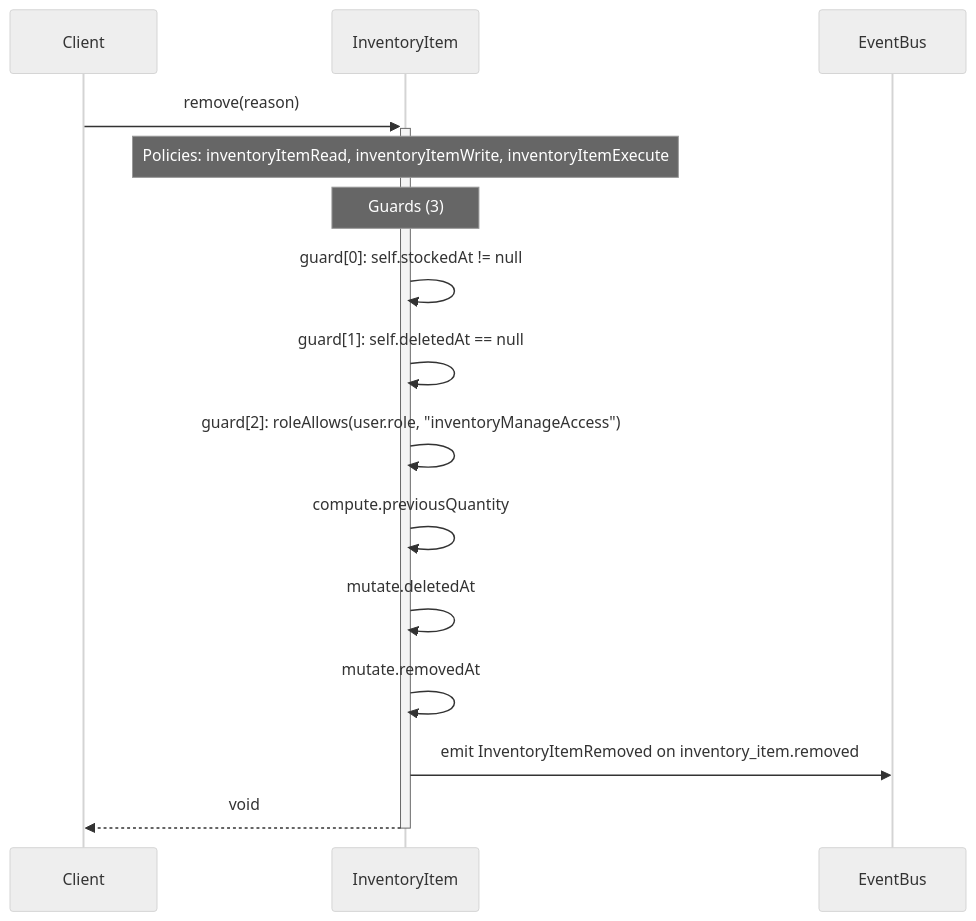
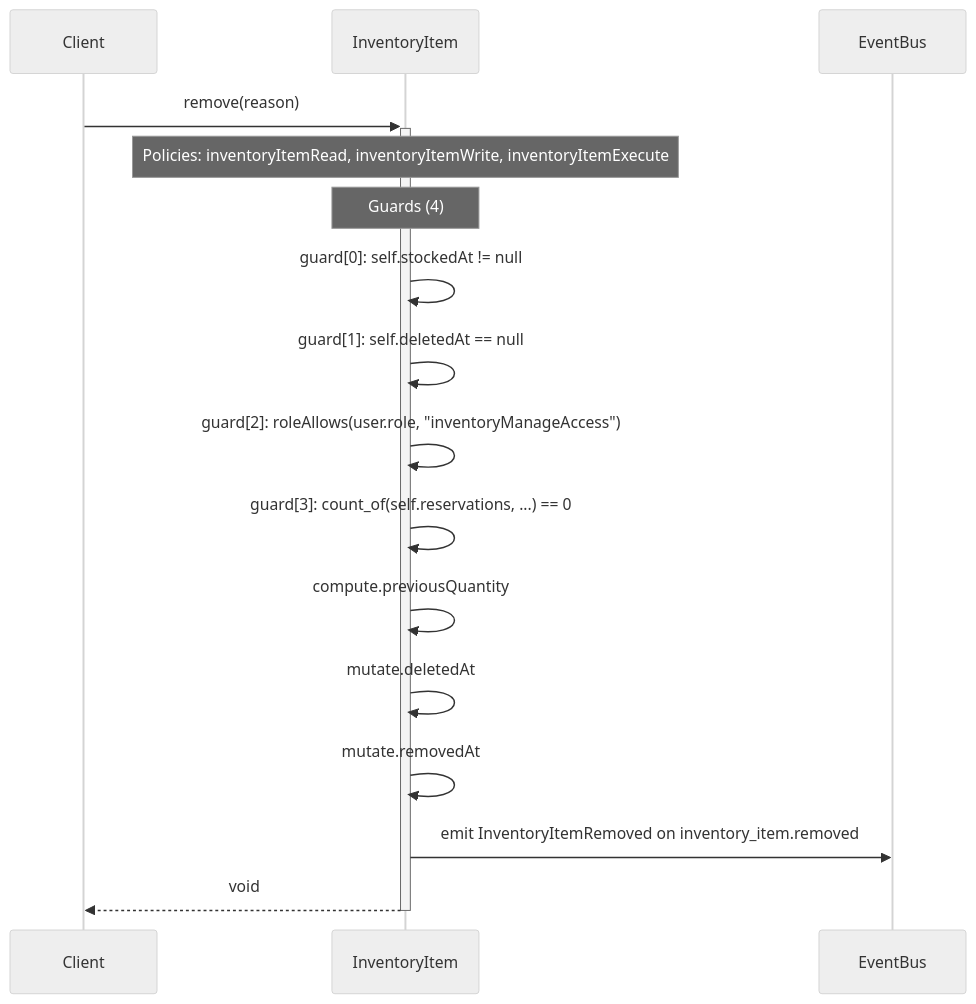
Before and after one commit to Angriff36/capsule: the diagram in diagrams/sequence-InventoryItem-remove.mmd, drawn with Mermaid (neutral theme). The commit also changed 32 other files, not shown here.

```diff
--- a/diagrams/sequence-InventoryItem-remove.mmd
+++ b/diagrams/sequence-InventoryItem-remove.mmd
@@ -1,15 +1,16 @@
 sequenceDiagram
     participant Client
     participant InventoryItem as InventoryItem
     participant EventBus
     Client->>+InventoryItem: remove(reason)
     Note over InventoryItem: Policies: inventoryItemRead, inventoryItemWrite, inventoryItemExecute
-    Note over InventoryItem: Guards (3)
+    Note over InventoryItem: Guards (4)
     InventoryItem->>InventoryItem: guard[0]: self.stockedAt != null
     InventoryItem->>InventoryItem: guard[1]: self.deletedAt == null
     InventoryItem->>InventoryItem: guard[2]: roleAllows(user.role, #quot;inventoryManageAccess#quot;)
+    InventoryItem->>InventoryItem: guard[3]: count_of(self.reservations, ...) == 0
     InventoryItem->>InventoryItem: compute.previousQuantity
     InventoryItem->>InventoryItem: mutate.deletedAt
     InventoryItem->>InventoryItem: mutate.removedAt
     InventoryItem->>EventBus: emit InventoryItemRemoved on inventory_item.removed
     InventoryItem-->>-Client: void
```
